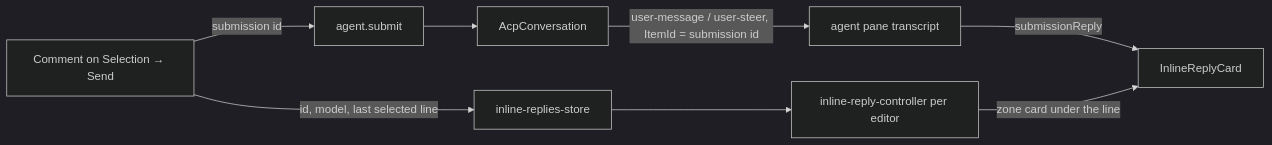
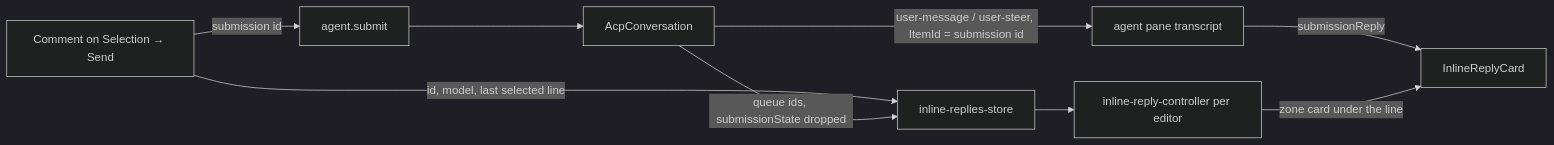
Before and after one commit to Kapps/weavie: the diagram in docs/specs/inline-replies.md, drawn with Mermaid (dark theme). The commit also changed other lines of this file and 40 other files, not shown here.

````diff
--- a/docs/specs/inline-replies.md
+++ b/docs/specs/inline-replies.md
@@ -7,10 +7,11 @@
 ```mermaid
 flowchart LR
   SEL["Comment on Selection → Send"] -->|submission id| SUB["agent.submit"]
   SEL -->|id, model, last selected line| ST[inline-replies-store]
   SUB --> HOST[AcpConversation]
+  HOST -->|"queue ids, submissionState dropped"| ST
   HOST -->|"user-message / user-steer, ItemId = submission id"| PANE[agent pane transcript]
   PANE -->|submissionReply| CARD[InlineReplyCard]
   ST --> CTRL[inline-reply-controller per editor]
   CTRL -->|zone card under the line| CARD
 ```
````
